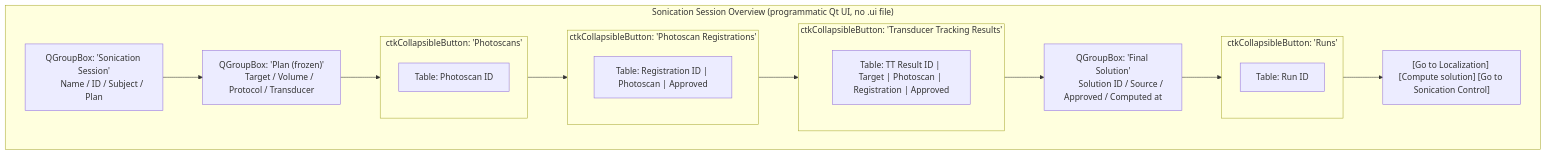
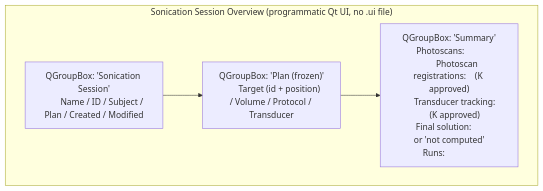
Before and after one commit to OpenwaterHealth/SlicerOpenLIFU: the diagram in docs/pages/sonication-session-overview.md, drawn with Mermaid. The commit also changed other lines of this file and 9 other files, not shown here.

````diff
--- a/docs/pages/sonication-session-overview.md
+++ b/docs/pages/sonication-session-overview.md
@@ -30,32 +26,16 @@
 ```mermaid
 flowchart TB
     subgraph SSO["Sonication Session Overview (programmatic Qt UI, no .ui file)"]
       HEAD["QGroupBox: 'Sonication Session'
-        Name / ID / Subject / Plan"]
+        Name / ID / Subject / Plan / Created / Modified"]
       PLAN["QGroupBox: 'Plan (frozen)'
-        Target / Volume / Protocol / Transducer"]
-
-      subgraph PS["ctkCollapsibleButton: 'Photoscans'"]
-        PS_T["Table: Photoscan ID"]
-      end
-
-      subgraph REG["ctkCollapsibleButton: 'Photoscan Registrations'"]
-        REG_T["Table: Registration ID | Photoscan | Approved"]
-      end
-
-      subgraph TT["ctkCollapsibleButton: 'Transducer Tracking Results'"]
-        TT_T["Table: TT Result ID | Target | Photoscan | Registration | Approved"]
-      end
-
-      SOL["QGroupBox: 'Final Solution'
-        Solution ID / Source / Approved / Computed at"]
-
-      subgraph RUNS["ctkCollapsibleButton: 'Runs'"]
-        RUNS_T["Table: Run ID"]
-      end
-
-      BTNS["[Go to Localization] [Compute solution] [Go to Sonication Control]"]
-
-      HEAD --> PLAN --> PS --> REG --> TT --> SOL --> RUNS --> BTNS
+        Target (id + position) / Volume / Protocol / Transducer"]
+      SUM["QGroupBox: 'Summary'
+        Photoscans:                <count>
+        Photoscan registrations:   <count> (K approved)
+        Transducer tracking:       <count> (K approved)
+        Final solution:            <id · source · approved> or 'not computed'
+        Runs:                      <count>"]
+      HEAD --> PLAN --> SUM
     end
 ```
````
